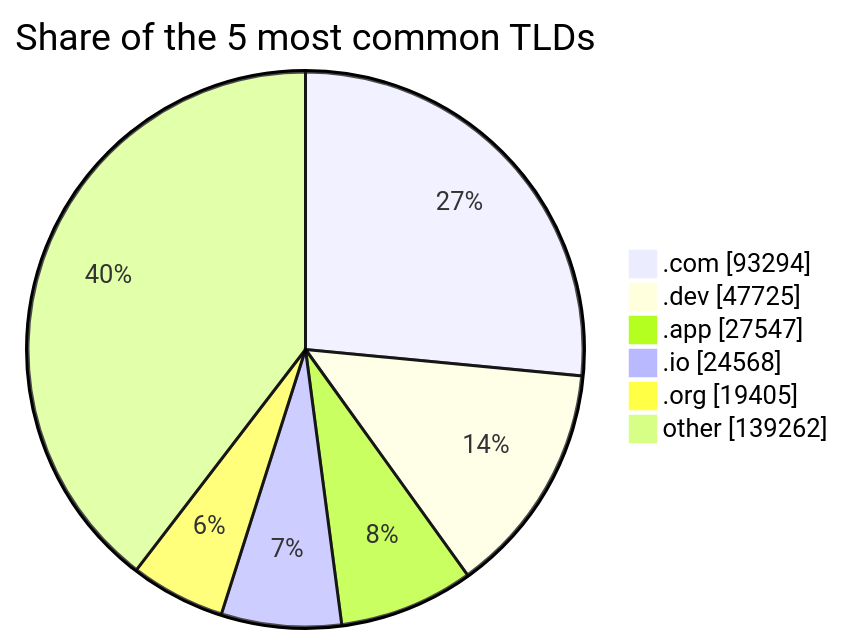
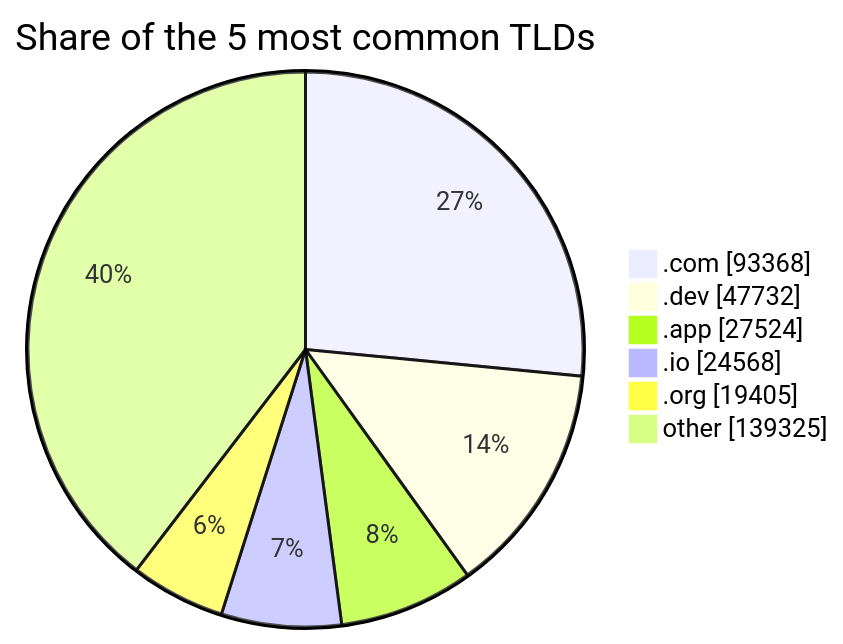
Before and after one commit to DNSBunker/CTI: the third of 3 diagrams in README.md, drawn with Mermaid. The commit also changed other lines of this file and 3 other files, not shown here.

````diff
--- a/README.md
+++ b/README.md
@@ -81,9 +81,9 @@
 ```mermaid
 pie showData title Share of the 5 most common TLDs
-    ".com" : 93294
-    ".dev" : 47725
-    ".app" : 27547
+    ".com" : 93368
+    ".dev" : 47732
+    ".app" : 27524
     ".io" : 24568
     ".org" : 19405
-    "other" : 139262
+    "other" : 139325
 ```
````
